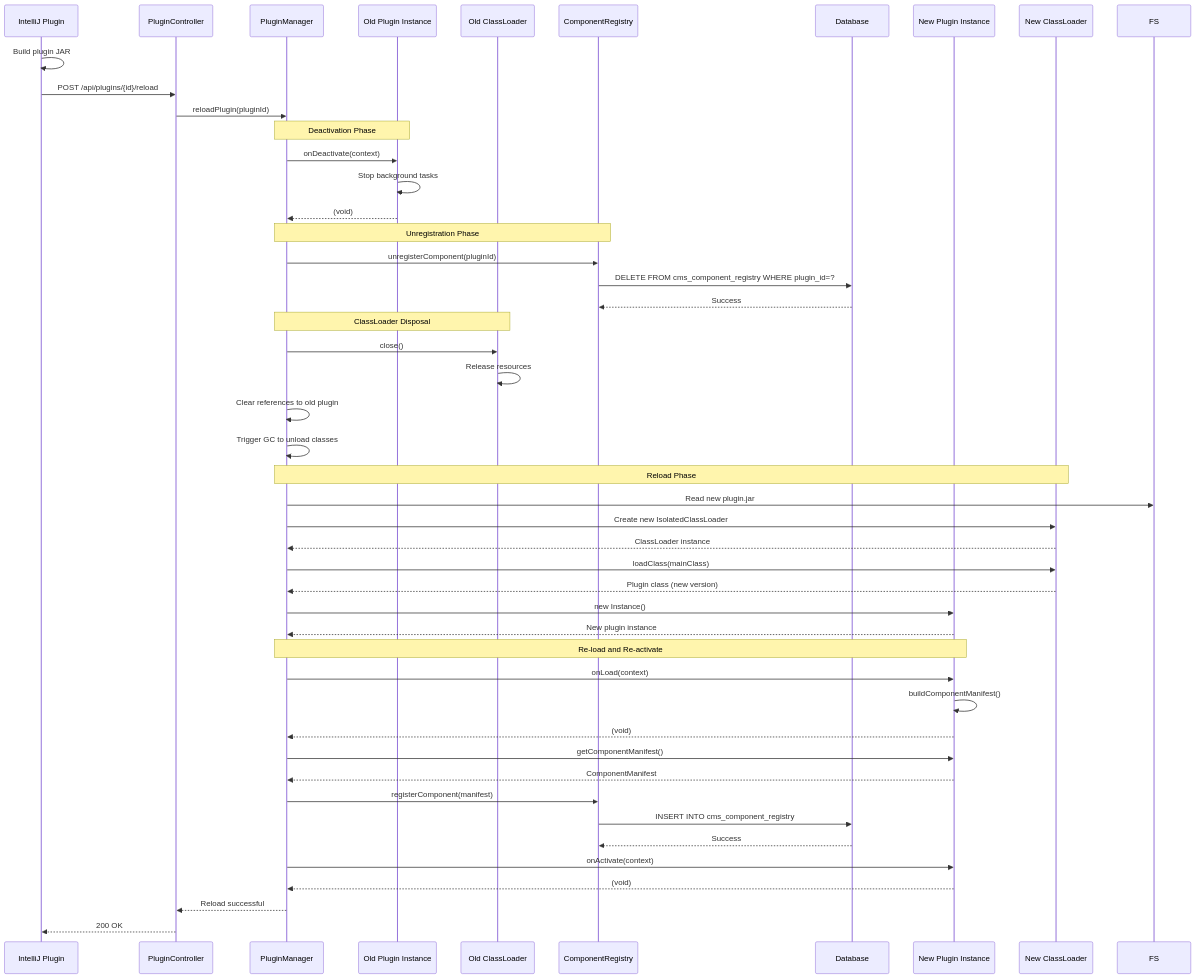
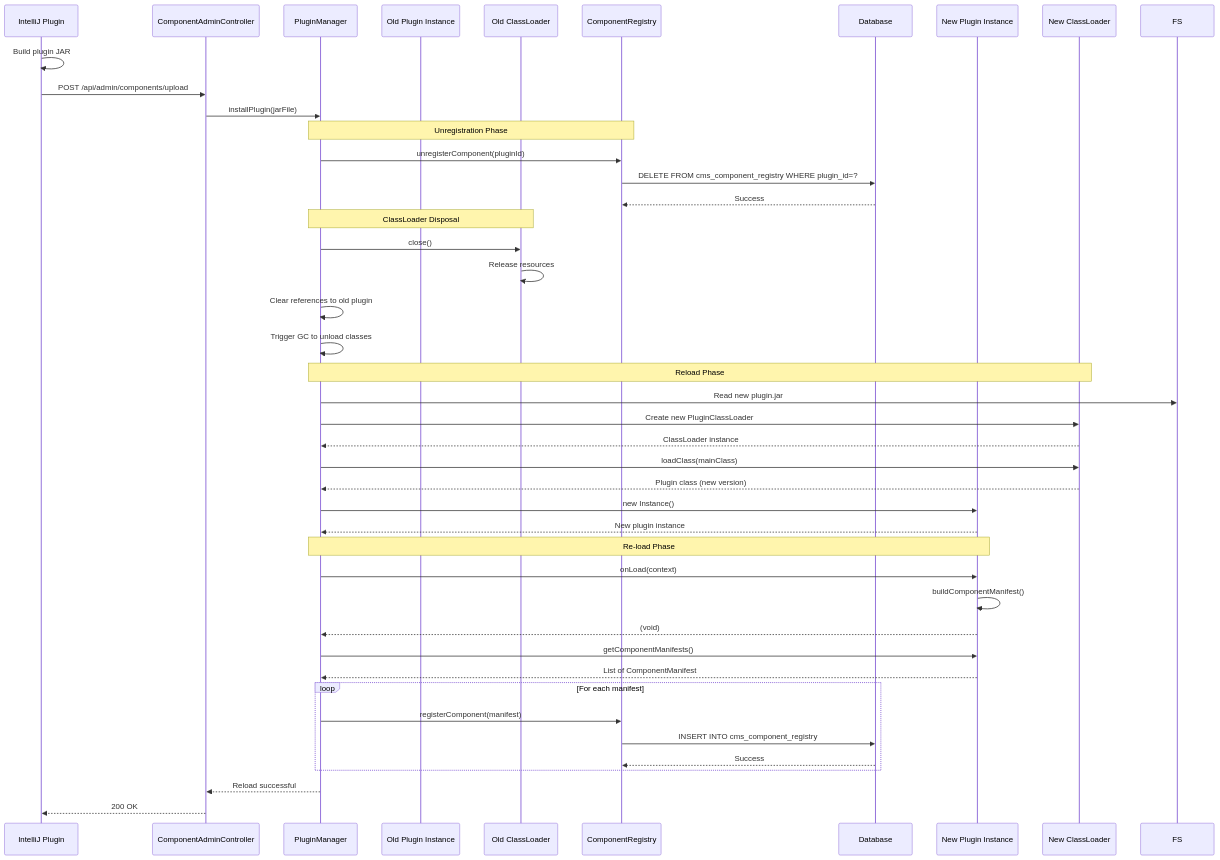
One commit to Visual-Site-Designer-VSD/visual-site-designer changed the second of 13 diagrams in docs/architecture/arc42/06-runtime-view.md. Above: the diagram before and after it, drawn with Mermaid. The commit also changed other lines of this file and 15 other files, not shown here.

````diff
--- a/docs/architecture/arc42/06-runtime-view.md
+++ b/docs/architecture/arc42/06-runtime-view.md
@@ -93,60 +90,55 @@
 ```mermaid
 sequenceDiagram
     participant IDE as IntelliJ Plugin
-    participant API as PluginController
+    participant API as ComponentAdminController
     participant PM as PluginManager
     participant Old as Old Plugin Instance
     participant CL as Old ClassLoader
     participant CR as ComponentRegistry
     participant DB as Database
     participant New as New Plugin Instance
     participant NewCL as New ClassLoader
 
     IDE->>IDE: Build plugin JAR
-    IDE->>API: POST /api/plugins/{id}/reload
-    API->>PM: reloadPlugin(pluginId)
-
-    Note over PM,Old: Deactivation Phase
-    PM->>Old: onDeactivate(context)
-    Old->>Old: Stop background tasks
-    Old-->>PM: (void)
+    IDE->>API: POST /api/admin/components/upload
+    API->>PM: installPlugin(jarFile)
 
     Note over PM,CR: Unregistration Phase
     PM->>CR: unregisterComponent(pluginId)
     CR->>DB: DELETE FROM cms_component_registry WHERE plugin_id=?
     DB-->>CR: Success
 
     Note over PM,CL: ClassLoader Disposal
     PM->>CL: close()
     CL->>CL: Release resources
     PM->>PM: Clear references to old plugin
     PM->>PM: Trigger GC to unload classes
 
     Note over PM,NewCL: Reload Phase
     PM->>FS: Read new plugin.jar
-    PM->>NewCL: Create new IsolatedClassLoader
+    PM->>NewCL: Create new PluginClassLoader
     NewCL-->>PM: ClassLoader instance
 
     PM->>NewCL: loadClass(mainClass)
     NewCL-->>PM: Plugin class (new version)
 
     PM->>New: new Instance()
     New-->>PM: New plugin instance
 
-    Note over PM,New: Re-load and Re-activate
+    Note over PM,New: Re-load Phase
     PM->>New: onLoad(context)
     New->>New: buildComponentManifest()
     New-->>PM: (void)
 
-    PM->>New: getComponentManifest()
-    New-->>PM: ComponentManifest
-    PM->>CR: registerComponent(manifest)
-    CR->>DB: INSERT INTO cms_component_registry
-    DB-->>CR: Success
+    PM->>New: getComponentManifests()
+    New-->>PM: List of ComponentManifest
 
-    PM->>New: onActivate(context)
-    New-->>PM: (void)
+    loop For each manifest
+        PM->>CR: registerComponent(manifest)
+        CR->>DB: INSERT INTO cms_component_registry
+        DB-->>CR: Success
+    end
 
     PM-->>API: Reload successful
     API-->>IDE: 200 OK
 ```
````
